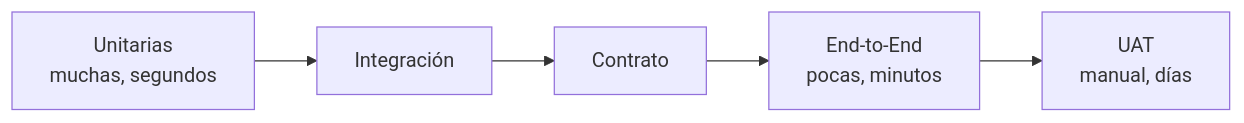
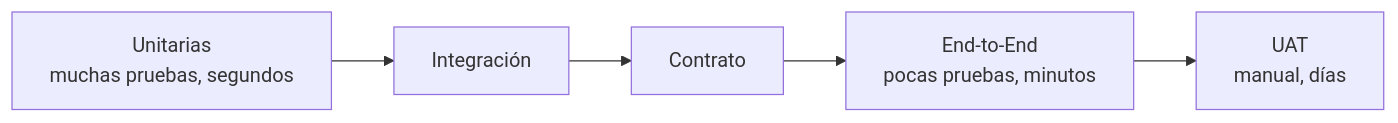
One commit to restrej/prueba-tecnica-cloud-automation-and-mobile changed the first of 5 diagrams in docs/entregable/Prueba_Tecnica_LogiTrack.md. Above: the diagram before and after it, drawn with Mermaid. The commit also changed other lines of this file and 2 other files, not shown here.

````diff
--- a/docs/entregable/Prueba_Tecnica_LogiTrack.md
+++ b/docs/entregable/Prueba_Tecnica_LogiTrack.md
@@ -21,4 +19,4 @@
 ```mermaid
 flowchart LR
-    N["Unitarias<br/>muchas, segundos"] --> I["Integración"] --> C["Contrato"] --> E["End-to-End<br/>pocas, minutos"] --> U["UAT<br/>manual, días"]
+    N["Unitarias<br/>muchas pruebas, segundos"] --> I["Integración"] --> C["Contrato"] --> E["End-to-End<br/>pocas pruebas, minutos"] --> U["UAT<br/>manual, días"]
 ```
````
